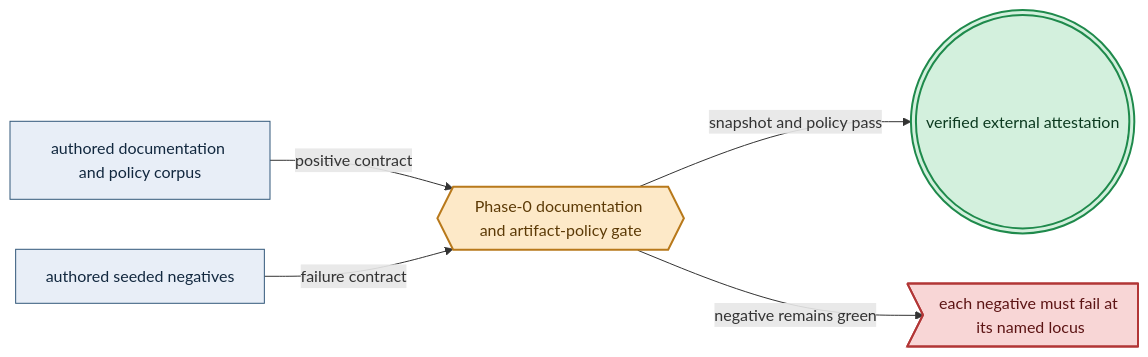
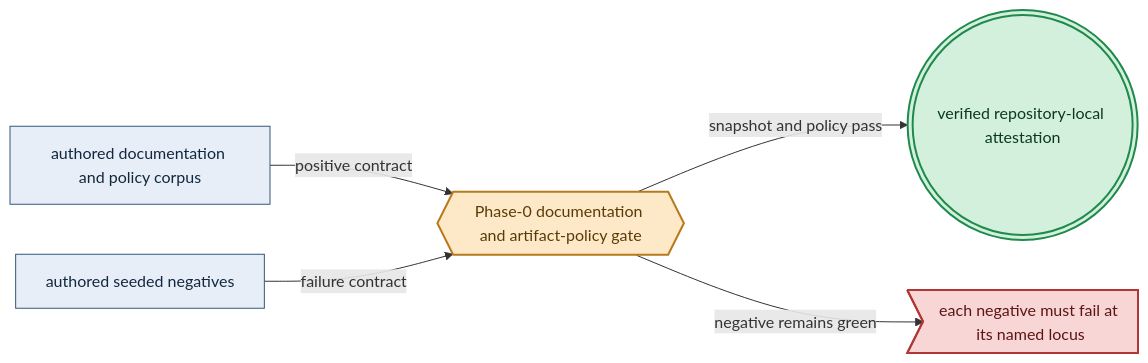
One commit to Tuee22/amoebius changed the first of 2 diagrams in DEVELOPMENT_PLAN/phase_00_documentation_suite.md. Above: the diagram before and after it, drawn with Mermaid. The commit also changed other lines of this file and 982 other files, not shown here.

````diff
--- a/DEVELOPMENT_PLAN/phase_00_documentation_suite.md
+++ b/DEVELOPMENT_PLAN/phase_00_documentation_suite.md
@@ -235,17 +257,17 @@
 ```mermaid
 flowchart LR
   %% register: algebra
   src["authored documentation and policy corpus"]:::intent
   neg["authored seeded negatives"]:::intent
   gate{{"Phase-0 documentation and artifact-policy gate"}}:::gate
-  ext((("verified external attestation"))):::seal
+  ext((("verified repository-local attestation"))):::seal
   red>"each negative must fail at its named locus"]:::refuse
   src -->|"positive contract"| gate
   neg -->|"failure contract"| gate
   gate -->|"snapshot and policy pass"| ext
   gate -->|"negative remains green"| red
   classDef intent   fill:#e8eef7,stroke:#33587a,color:#12283f,stroke-width:1px
   classDef gate     fill:#fde9c8,stroke:#b8791b,color:#5c3a06,stroke-width:2px
   classDef seal     fill:#d3f0dd,stroke:#1f8a4c,color:#0c3a1f,stroke-width:2px
   classDef refuse   fill:#f8d6d6,stroke:#b23636,color:#5c1414,stroke-width:2px
 ```
````
